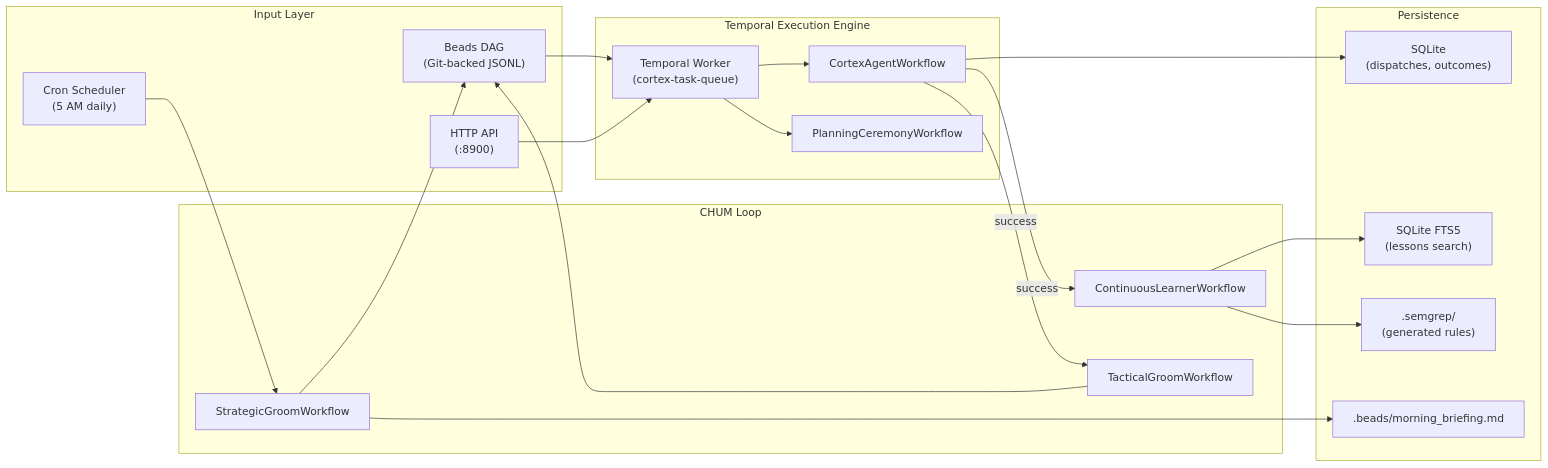
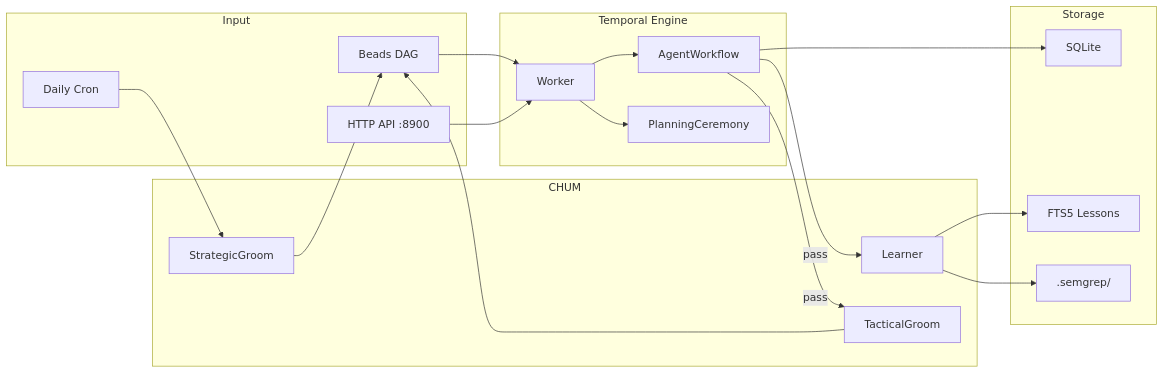
The first of 5 diagrams in docs/architecture/ARCHITECTURE.md (Heikkila-Pty-Ltd/cortex), drawn with Mermaid before and after one commit. The commit also changed other lines of this file and 4 other files, not shown here.

First line of the commit message:
docs: simplify mermaid diagrams — remove HTML tags, reduce node density

````diff
--- a/docs/architecture/ARCHITECTURE.md
+++ b/docs/architecture/ARCHITECTURE.md
@@ -11,37 +11,36 @@
 ```mermaid
 graph LR
-    subgraph Input["Input Layer"]
-        BD["Beads DAG<br/>(Git-backed JSONL)"]
-        API["HTTP API<br/>(:8900)"]
-        CRON["Cron Scheduler<br/>(5 AM daily)"]
+    subgraph Input
+        BD["Beads DAG"]
+        API["HTTP API :8900"]
+        CRON["Daily Cron"]
     end
 
-    subgraph Engine["Temporal Execution Engine"]
-        TW["Temporal Worker<br/>(cortex-task-queue)"]
-        CAW["CortexAgentWorkflow"]
-        PCW["PlanningCeremonyWorkflow"]
+    subgraph Engine["Temporal Engine"]
+        TW["Worker"]
+        CAW["AgentWorkflow"]
+        PCW["PlanningCeremony"]
     end
 
-    subgraph CHUM["CHUM Loop"]
-        CLW["ContinuousLearnerWorkflow"]
-        TGW["TacticalGroomWorkflow"]
-        SGW["StrategicGroomWorkflow"]
+    subgraph CHUM
+        CLW["Learner"]
+        TGW["TacticalGroom"]
+        SGW["StrategicGroom"]
     end
 
-    subgraph Storage["Persistence"]
-        SQL["SQLite<br/>(dispatches, outcomes)"]
-        FTS["SQLite FTS5<br/>(lessons search)"]
-        SEM[".semgrep/<br/>(generated rules)"]
-        BRF[".beads/morning_briefing.md"]
+    subgraph Storage
+        SQL["SQLite"]
+        FTS["FTS5 Lessons"]
+        SEM[".semgrep/"]
     end
 
     BD --> TW
     API --> TW
     CRON --> SGW
     TW --> CAW & PCW
-    CAW -->|success| CLW & TGW
+    CAW -->|pass| CLW & TGW
     CAW --> SQL
     CLW --> FTS & SEM
     TGW --> BD
-    SGW --> BRF & BD
+    SGW --> BD
 ```
````
